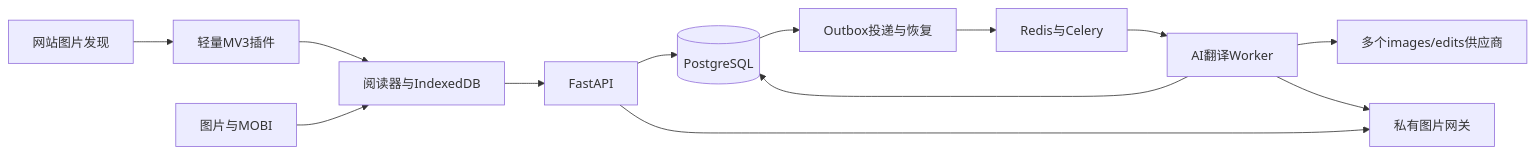
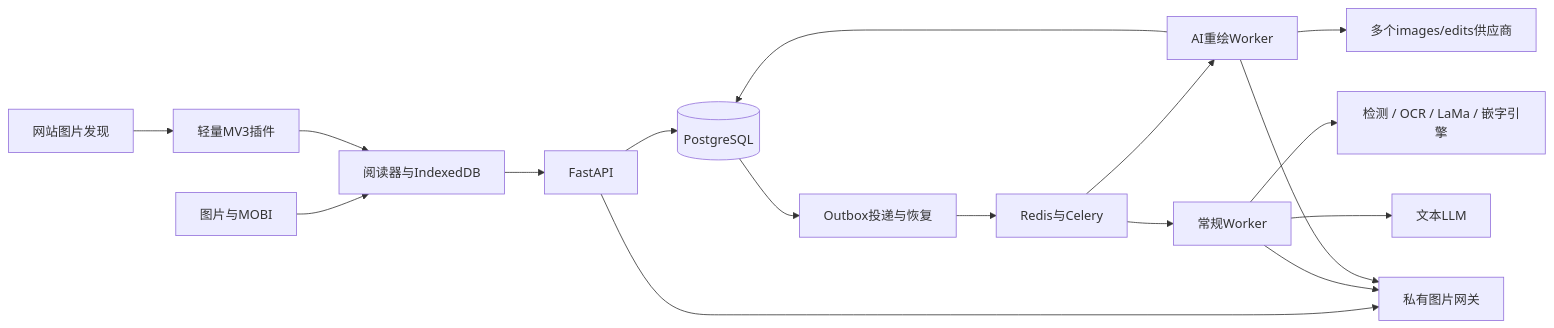
One commit to Wy2926/node-comics changed the diagram in docs/ARCHITECTURE.md. Above: the diagram before and after it, drawn with Mermaid. The commit also changed other lines of this file and 51 other files, not shown here.

````diff
--- a/docs/ARCHITECTURE.md
+++ b/docs/ARCHITECTURE.md
@@ -7,15 +13,19 @@
 ```mermaid
 flowchart LR
   Site[网站图片发现] --> Ext[轻量MV3插件]
   File[图片与MOBI] --> Reader[阅读器与IndexedDB]
   Ext --> Reader
   Reader --> API[FastAPI]
   API --> DB[(PostgreSQL)]
   API --> Store[私有图片网关]
   DB --> Dispatcher[Outbox投递与恢复]
   Dispatcher --> Redis[Redis与Celery]
-  Redis --> Worker[AI翻译Worker]
+  Redis --> Worker[AI重绘Worker]
+  Redis --> Classic[常规Worker]
+  Classic --> Engine[检测 / OCR / LaMa / 嵌字引擎]
+  Classic --> Text[文本LLM]
+  Classic --> Store
   Worker --> Provider[多个images/edits供应商]
   Worker --> Store
   Worker --> DB
 ```
````
